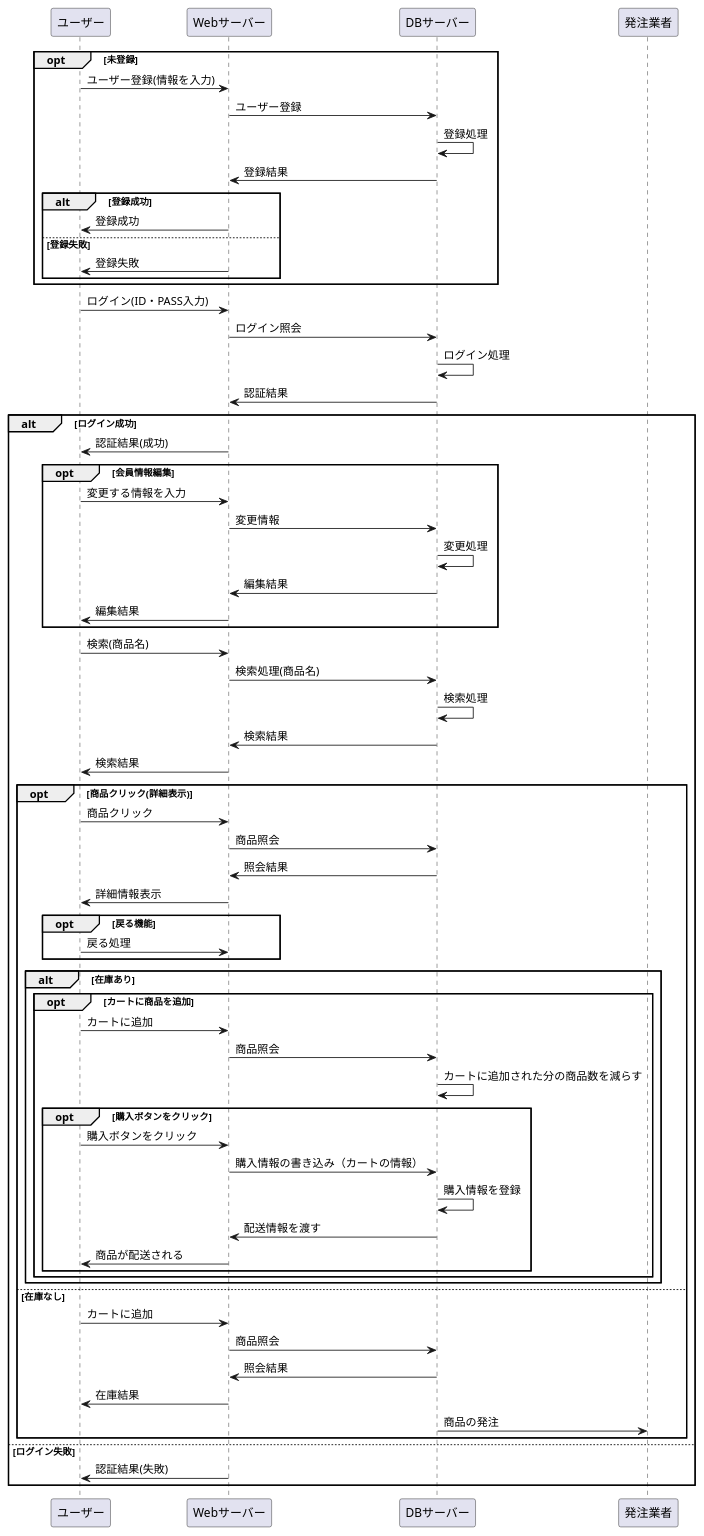
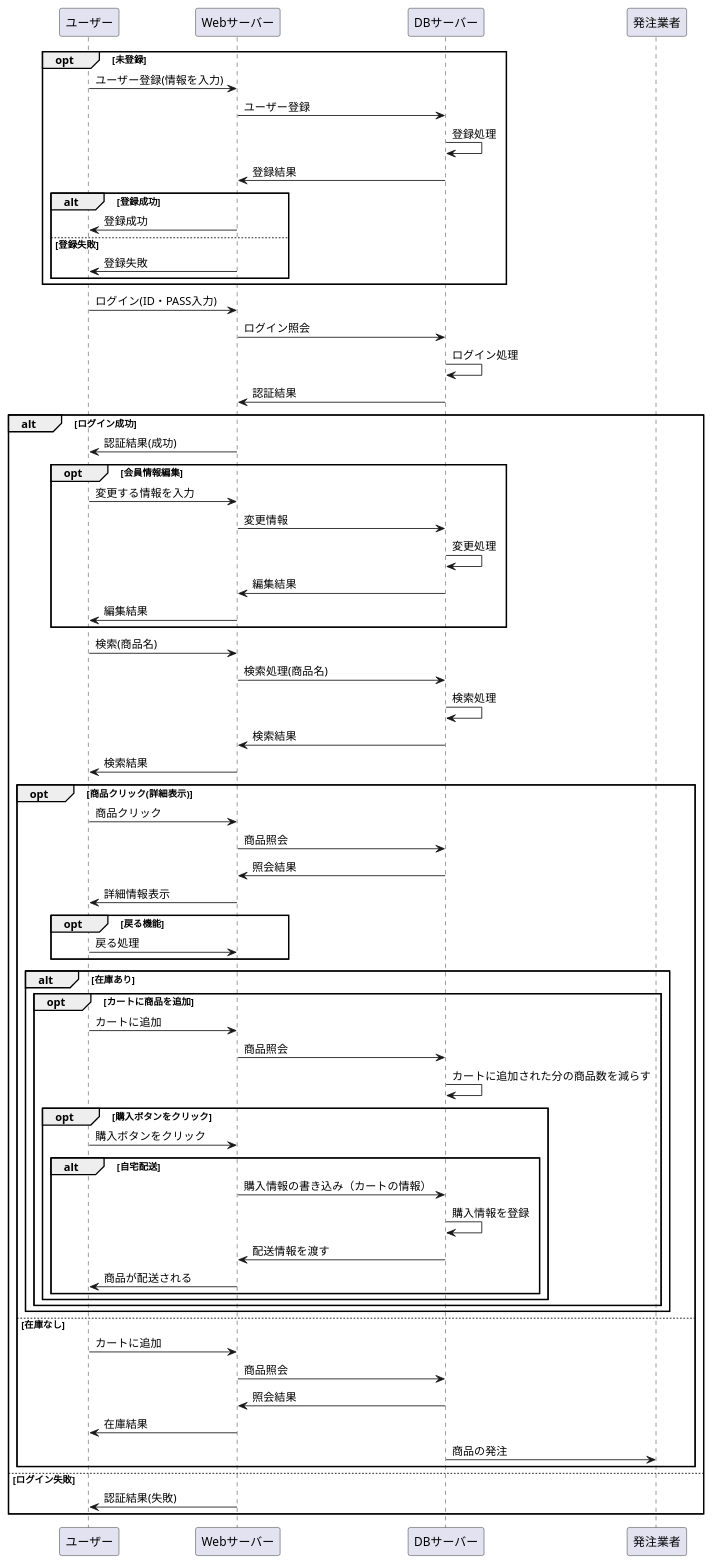
Before and after one commit to Aso2001227/Aso-Sports-1: the diagram in 設計書/02_業務フロー/business-flow-check.md, drawn with PlantUML.

```diff
--- a/設計書/02_業務フロー/business-flow-check.md
+++ b/設計書/02_業務フロー/business-flow-check.md
@@ -58,11 +58,14 @@
 
 opt 購入ボタンをクリック
 ユーザー -> Webサーバー : 購入ボタンをクリック
+alt 自宅配送
 Webサーバー -> DBサーバー :購入情報の書き込み（カートの情報）
 DBサーバー -> DBサーバー :購入情報を登録
 DBサーバー -> Webサーバー :配送情報を渡す
 Webサーバー -> ユーザー:商品が配送される
 end
+end
+
 end
 end
 else 在庫なし
```
